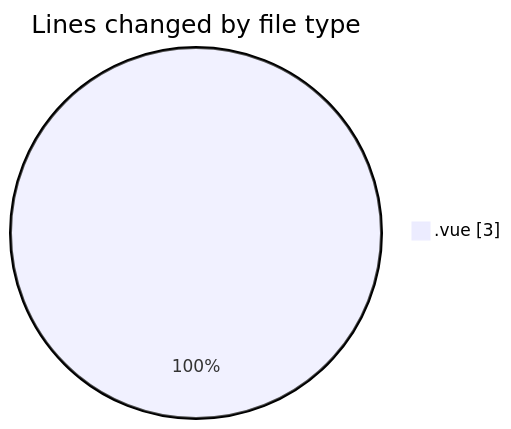
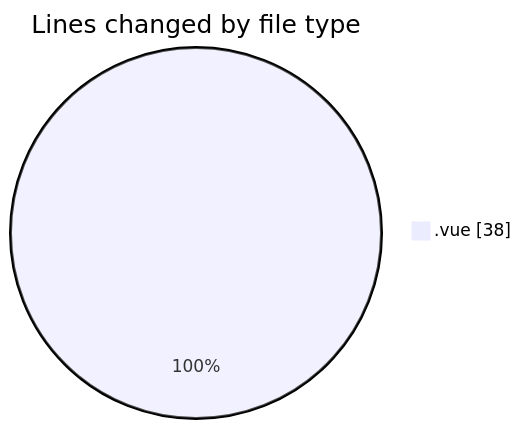
The first of 2 diagrams in 2025-08-19/rentotp/README.md (lephambinh05/code-tracking), drawn with Mermaid before and after one commit. The commit also changed other lines of this file and 1 other file, not shown here.

````diff
--- a/2025-08-19/rentotp/README.md
+++ b/2025-08-19/rentotp/README.md
@@ -20,5 +23,5 @@
 ```mermaid
 pie showData
 title Lines changed by file type
-".vue" : 3
+".vue" : 38
 ```
````
